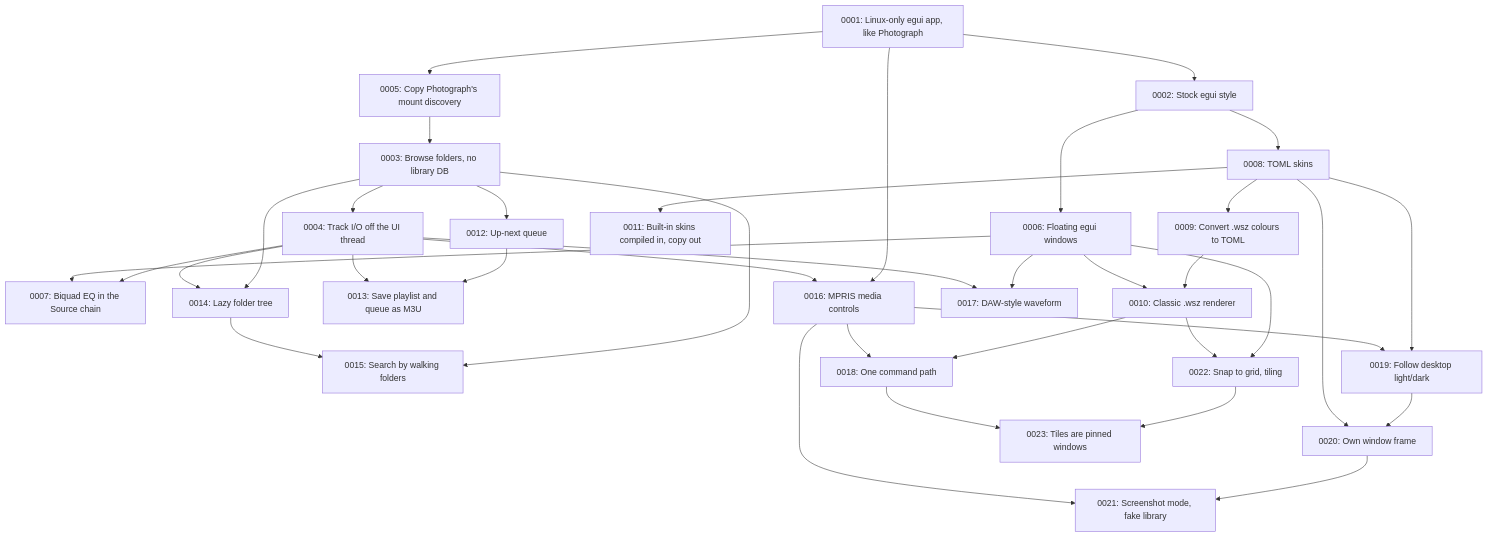
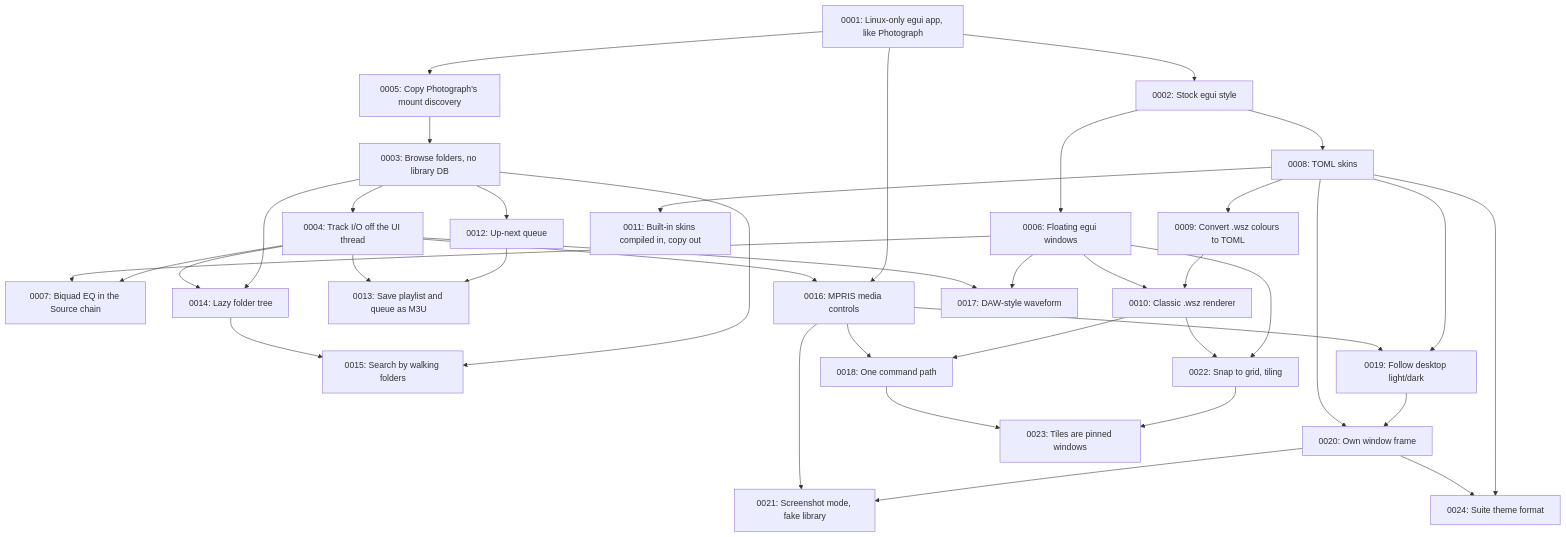
Before and after one commit to divanvisagie/UnAmp: the diagram in docs/adr/README.md, drawn with Mermaid. The commit also changed other lines of this file and 11 other files, not shown here.

First line of the commit message:
Switch skins to a versioned suite theme format; match Photograph's title bar

````diff
--- a/docs/adr/README.md
+++ b/docs/adr/README.md
@@ -69,38 +70,40 @@
 ```mermaid
 flowchart TD
     A[0001: Linux-only egui app, like Photograph] --> B[0002: Stock egui style]
     A --> E[0005: Copy Photograph's mount discovery]
     C[0003: Browse folders, no library DB] --> D[0004: Track I/O off the UI thread]
     E --> C
     B --> F[0006: Floating egui windows]
     D --> G[0007: Biquad EQ in the Source chain]
     F --> G
     B --> H[0008: TOML skins]
     H --> I[0009: Convert .wsz colours to TOML]
     I --> J[0010: Classic .wsz renderer]
     F --> J
     H --> K[0011: Built-in skins compiled in, copy out]
     C --> L[0012: Up-next queue]
     L --> M[0013: Save playlist and queue as M3U]
     D --> M
     C --> N[0014: Lazy folder tree]
     D --> N
     C --> O[0015: Search by walking folders]
     N --> O
     A --> P[0016: MPRIS media controls]
     D --> P
     F --> Q[0017: DAW-style waveform]
     D --> Q
     J --> R[0018: One command path]
     P --> R
     H --> S[0019: Follow desktop light/dark]
     P --> S
     S --> T[0020: Own window frame]
     H --> T
     T --> U[0021: Screenshot mode, fake library]
     P --> U
     F --> V[0022: Snap to grid, tiling]
     J --> V
     V --> W[0023: Tiles are pinned windows]
     R --> W
+    H --> X[0024: Suite theme format]
+    T --> X
 ```
````
